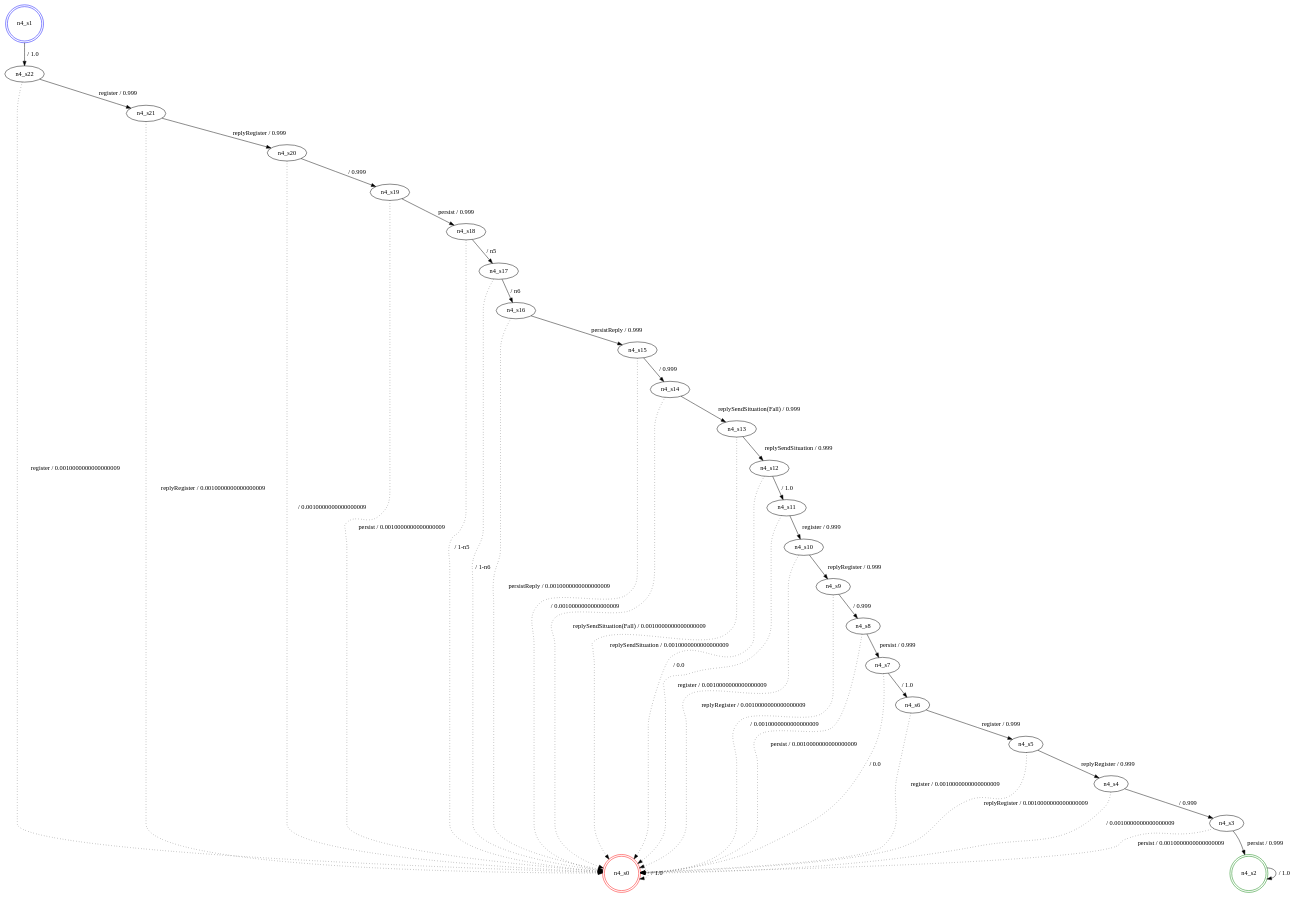
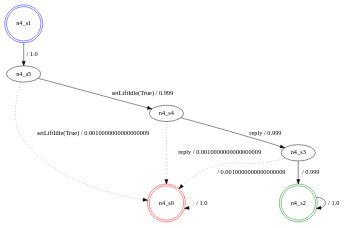
The diagram in src/generatedModels/fdtmc_n4.dot (SPLMC/spl-generator), drawn with Graphviz before and after one commit. The commit also changed 43 other files, not shown here.

```diff
--- a/src/generatedModels/fdtmc_n4.dot
+++ b/src/generatedModels/fdtmc_n4.dot
@@ -1,68 +1,17 @@
 digraph graphname {
 n4_s0 [label="n4_s0",color=red,shape=doublecircle ];
 n4_s1 [label="n4_s1",color=blue,shape=doublecircle ];
 n4_s2 [label="n4_s2",color=green,shape=doublecircle ];
 n4_s3 [label="n4_s3" ];
 n4_s4 [label="n4_s4" ];
 n4_s5 [label="n4_s5" ];
-n4_s6 [label="n4_s6" ];
-n4_s7 [label="n4_s7" ];
-n4_s8 [label="n4_s8" ];
-n4_s9 [label="n4_s9" ];
-n4_s10 [label="n4_s10" ];
-n4_s11 [label="n4_s11" ];
-n4_s12 [label="n4_s12" ];
-n4_s13 [label="n4_s13" ];
-n4_s14 [label="n4_s14" ];
-n4_s15 [label="n4_s15" ];
-n4_s16 [label="n4_s16" ];
-n4_s17 [label="n4_s17" ];
-n4_s18 [label="n4_s18" ];
-n4_s19 [label="n4_s19" ];
-n4_s20 [label="n4_s20" ];
-n4_s21 [label="n4_s21" ];
-n4_s22 [label="n4_s22" ];
 n4_s0 -> n4_s0 [label=" / 1.0", style=dotted];
-n4_s1 -> n4_s22 [label=" / 1.0"];
+n4_s1 -> n4_s5 [label=" / 1.0"];
 n4_s2 -> n4_s2 [label=" / 1.0"];
-n4_s3 -> n4_s2 [label="persist / 0.999"];
-n4_s3 -> n4_s0 [label="persist / 0.0010000000000000009", style=dotted];
-n4_s4 -> n4_s3 [label=" / 0.999"];
-n4_s4 -> n4_s0 [label=" / 0.0010000000000000009", style=dotted];
-n4_s5 -> n4_s4 [label="replyRegister / 0.999"];
-n4_s5 -> n4_s0 [label="replyRegister / 0.0010000000000000009", style=dotted];
-n4_s6 -> n4_s5 [label="register / 0.999"];
-n4_s6 -> n4_s0 [label="register / 0.0010000000000000009", style=dotted];
-n4_s7 -> n4_s6 [label=" / 1.0"];
-n4_s7 -> n4_s0 [label=" / 0.0", style=dotted];
-n4_s8 -> n4_s7 [label="persist / 0.999"];
-n4_s8 -> n4_s0 [label="persist / 0.0010000000000000009", style=dotted];
-n4_s9 -> n4_s8 [label=" / 0.999"];
-n4_s9 -> n4_s0 [label=" / 0.0010000000000000009", style=dotted];
-n4_s10 -> n4_s9 [label="replyRegister / 0.999"];
-n4_s10 -> n4_s0 [label="replyRegister / 0.0010000000000000009", style=dotted];
-n4_s11 -> n4_s10 [label="register / 0.999"];
-n4_s11 -> n4_s0 [label="register / 0.0010000000000000009", style=dotted];
-n4_s12 -> n4_s11 [label=" / 1.0"];
-n4_s12 -> n4_s0 [label=" / 0.0", style=dotted];
-n4_s13 -> n4_s12 [label="replySendSituation / 0.999"];
-n4_s13 -> n4_s0 [label="replySendSituation / 0.0010000000000000009", style=dotted];
-n4_s14 -> n4_s13 [label="replySendSituation(Fall) / 0.999"];
-n4_s14 -> n4_s0 [label="replySendSituation(Fall) / 0.0010000000000000009", style=dotted];
-n4_s15 -> n4_s14 [label=" / 0.999"];
-n4_s15 -> n4_s0 [label=" / 0.0010000000000000009", style=dotted];
-n4_s16 -> n4_s15 [label="persistReply / 0.999"];
-n4_s16 -> n4_s0 [label="persistReply / 0.0010000000000000009", style=dotted];
-n4_s17 -> n4_s16 [label=" / n6"];
-n4_s17 -> n4_s0 [label=" / 1-n6", style=dotted];
-n4_s18 -> n4_s17 [label=" / n5"];
-n4_s18 -> n4_s0 [label=" / 1-n5", style=dotted];
-n4_s19 -> n4_s18 [label="persist / 0.999"];
-n4_s19 -> n4_s0 [label="persist / 0.0010000000000000009", style=dotted];
-n4_s20 -> n4_s19 [label=" / 0.999"];
-n4_s20 -> n4_s0 [label=" / 0.0010000000000000009", style=dotted];
-n4_s21 -> n4_s20 [label="replyRegister / 0.999"];
-n4_s21 -> n4_s0 [label="replyRegister / 0.0010000000000000009", style=dotted];
-n4_s22 -> n4_s21 [label="register / 0.999"];
-n4_s22 -> n4_s0 [label="register / 0.0010000000000000009", style=dotted];
+n4_s3 -> n4_s2 [label=" / 0.999"];
+n4_s3 -> n4_s0 [label=" / 0.0010000000000000009", style=dotted];
+n4_s4 -> n4_s3 [label="reply / 0.999"];
+n4_s4 -> n4_s0 [label="reply / 0.0010000000000000009", style=dotted];
+n4_s5 -> n4_s4 [label="setLiftIdle(True) / 0.999"];
+n4_s5 -> n4_s0 [label="setLiftIdle(True) / 0.0010000000000000009", style=dotted];
 }
```
